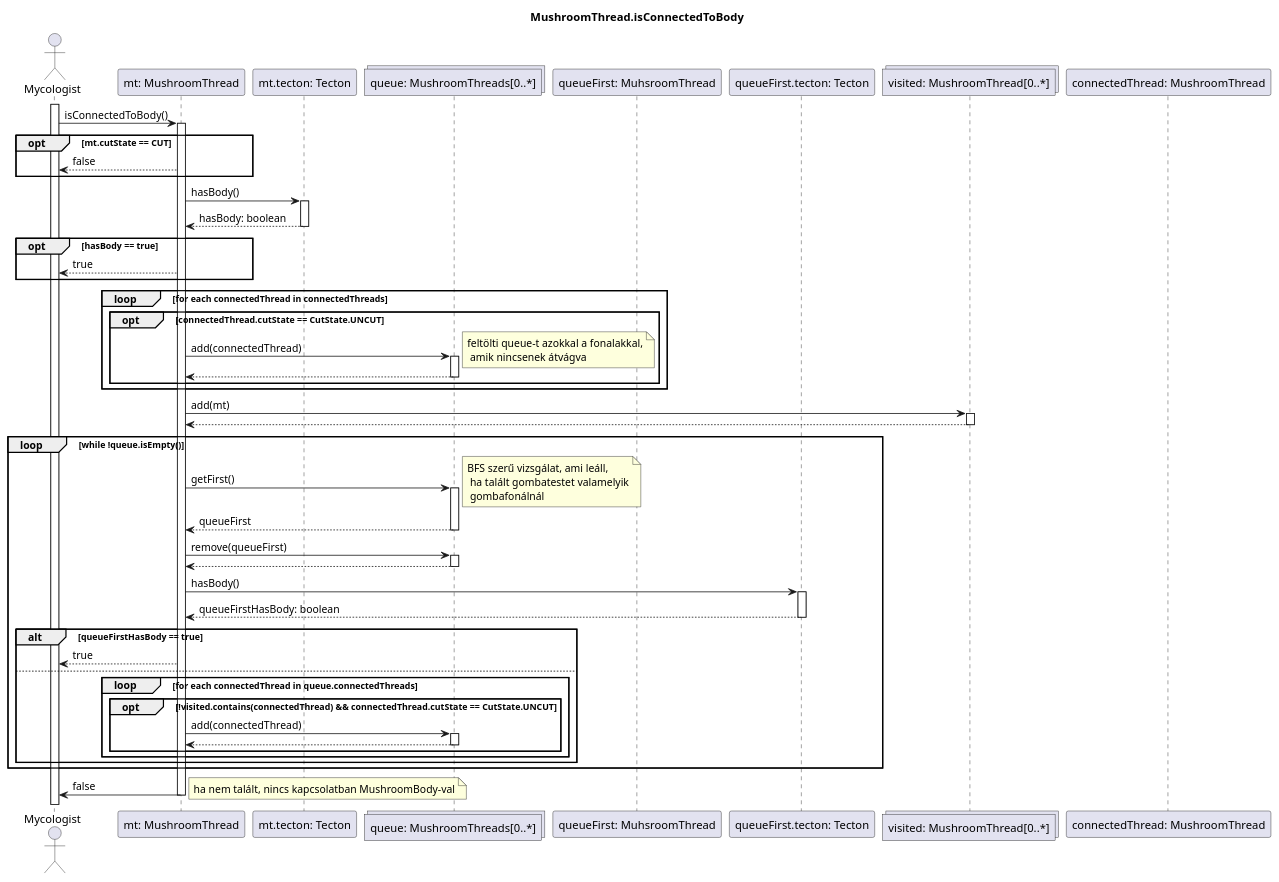
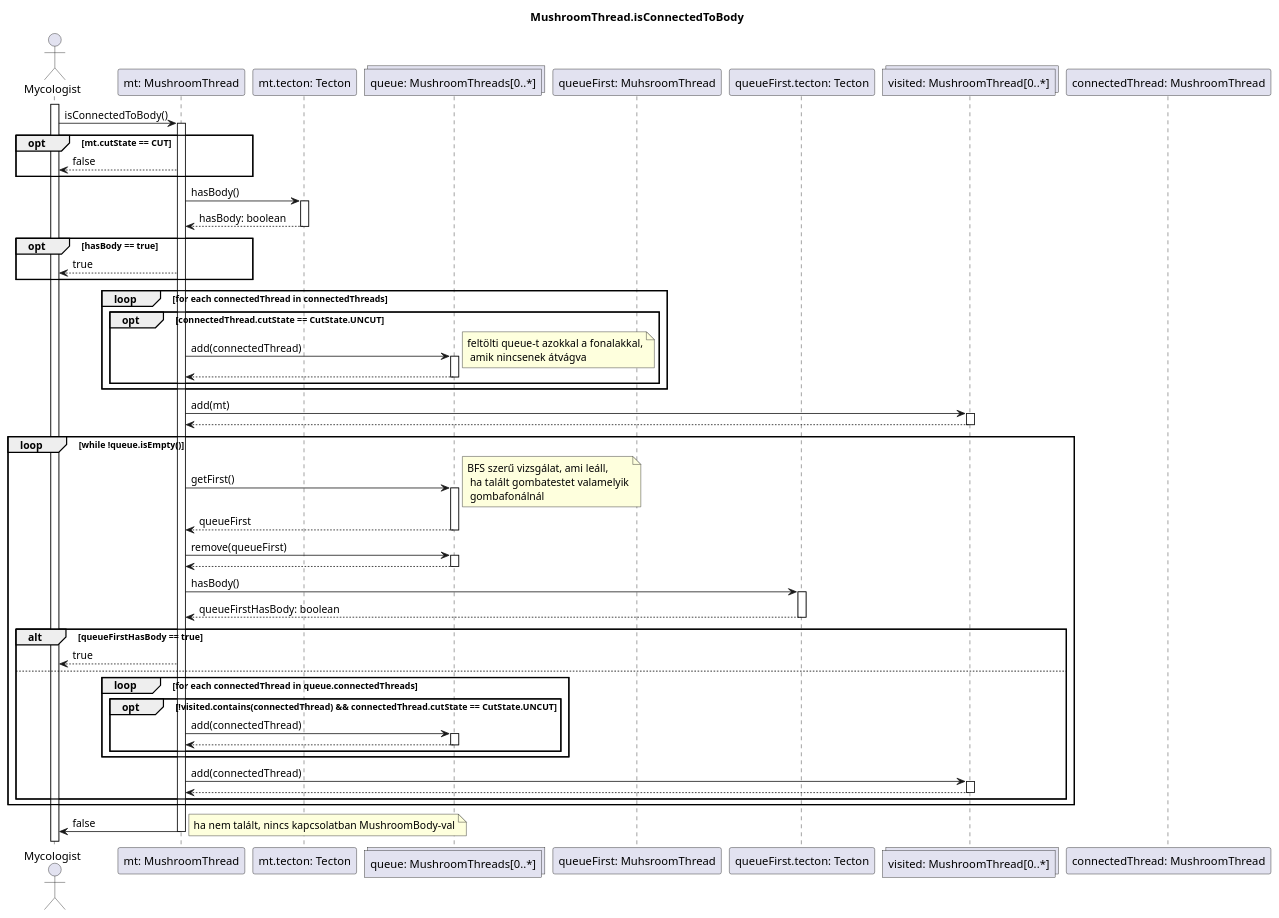
The diagram in diagrams/sequence/mushroom/isConnectedToBody.wsd (dzsem/projlab), drawn with PlantUML before and after one commit. The commit also changed 2 other files, not shown here.

```diff
--- a/diagrams/sequence/mushroom/isConnectedToBody.wsd
+++ b/diagrams/sequence/mushroom/isConnectedToBody.wsd
@@ -1,89 +1,94 @@
 @startuml Is Connected To Body
 title MushroomThread.isConnectedToBody
 
 actor "Mycologist" as mycologist
 
 participant "mt: MushroomThread" as mt
 participant "mt.tecton: Tecton" as t
 collections "queue: MushroomThreads[0..*]" as q
 participant "queueFirst: MuhsroomThread" as q1
 participant "queueFirst.tecton: Tecton" as q1t
 collections "visited: MushroomThread[0..*]" as visited
 
 participant "connectedThread: MushroomThread" as ct
 
 
 activate mycologist
 mycologist -> mt: isConnectedToBody()
 activate mt
 
 
 opt mt.cutState == CUT
     mt --> mycologist: false
 end
 
 mt -> t: hasBody()
 activate t
 t --> mt: hasBody: boolean
 deactivate t
 
 opt hasBody == true
     mt --> mycologist: true
 end
 
 
 
 loop for each connectedThread in connectedThreads  
     opt connectedThread.cutState == CutState.UNCUT
         mt -> q: add(connectedThread)
         note right: feltölti queue-t azokkal a fonalakkal,\n amik nincsenek átvágva
         activate q
         q --> mt
         deactivate q
     end
 end
 
 mt -> visited: add(mt)
 activate visited
 visited --> mt
 deactivate visited
 
 loop while !queue.isEmpty()
     mt -> q: getFirst() 
     note right: BFS szerű vizsgálat, ami leáll,\n ha talált gombatestet valamelyik\n gombafonálnál
     activate q
     q --> mt: queueFirst
     deactivate q
 
     mt -> q: remove(queueFirst)
     activate q
     q --> mt
     deactivate q
 
     mt -> q1t: hasBody()
     activate q1t
     q1t --> mt: queueFirstHasBody: boolean
     deactivate q1t
 
     alt queueFirstHasBody == true
         mt --> mycologist: true
 
     else
         loop for each connectedThread in queue.connectedThreads
             opt !visited.contains(connectedThread) && connectedThread.cutState == CutState.UNCUT
                 mt -> q: add(connectedThread)
                 activate q
                 q --> mt
                 deactivate q
             end
         end
+
+        mt -> visited: add(connectedThread)
+        activate visited
+        visited --> mt
+        deactivate visited
     end
 end
 
 mt -> mycologist: false
 note right: ha nem talált, nincs kapcsolatban MushroomBody-val
 deactivate mt
 
 
 
 @enduml
```
